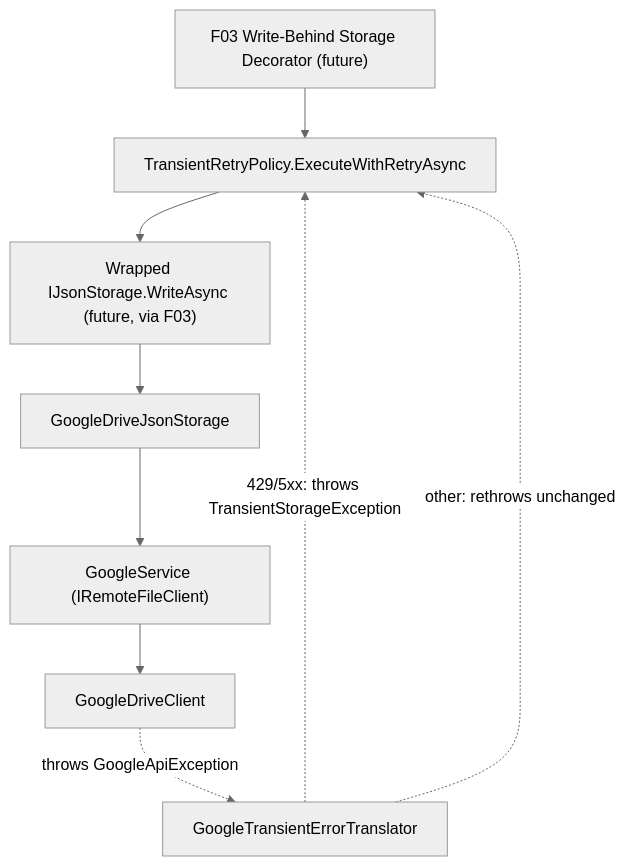
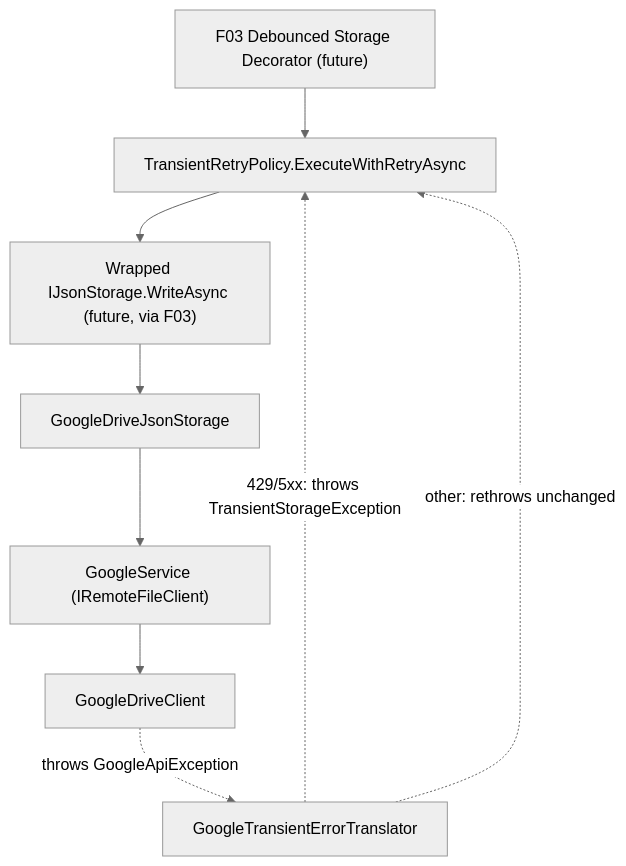
Before and after one commit to ggibellato/Financial: the diagram in docs/prd/P31-prd-async-persistence/features/P31-F02-transient-failure-retry-helper/spec.md, drawn with Mermaid (neutral theme). The commit also changed other lines of this file and 11 other files, not shown here.

First line of the commit message:
feat(P31-F03): debounced storage decorator (#399)

````diff
--- a/docs/prd/P31-prd-async-persistence/features/P31-F02-transient-failure-retry-helper/spec.md
+++ b/docs/prd/P31-prd-async-persistence/features/P31-F02-transient-failure-retry-helper/spec.md
@@ -23,11 +23,11 @@
 ```mermaid
 graph TD
-    A["F03 Write-Behind Storage Decorator (future)"] --> B[TransientRetryPolicy.ExecuteWithRetryAsync]
+    A["F03 Debounced Storage Decorator (future)"] --> B[TransientRetryPolicy.ExecuteWithRetryAsync]
     B --> C["Wrapped IJsonStorage.WriteAsync (future, via F03)"]
     C --> D["GoogleDriveJsonStorage"]
     D --> E["GoogleService (IRemoteFileClient)"]
     E --> F[GoogleDriveClient]
     F -.throws GoogleApiException.-> G[GoogleTransientErrorTranslator]
     G -.429/5xx: throws TransientStorageException.-> B
     G -.other: rethrows unchanged.-> B
 ```
````
